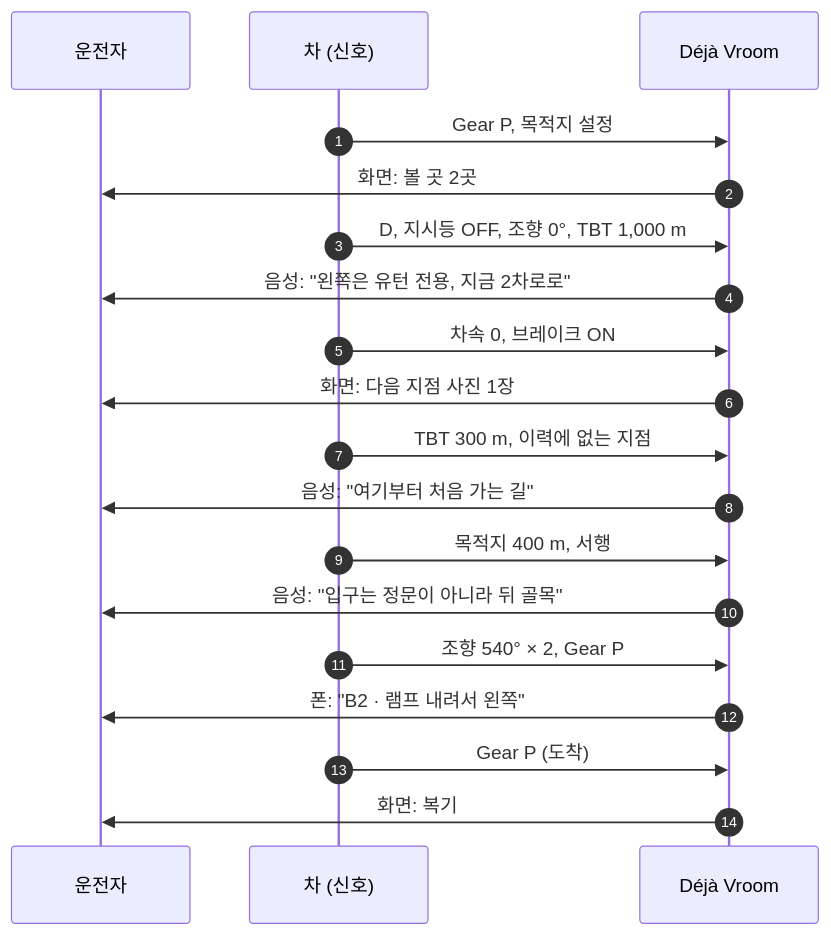
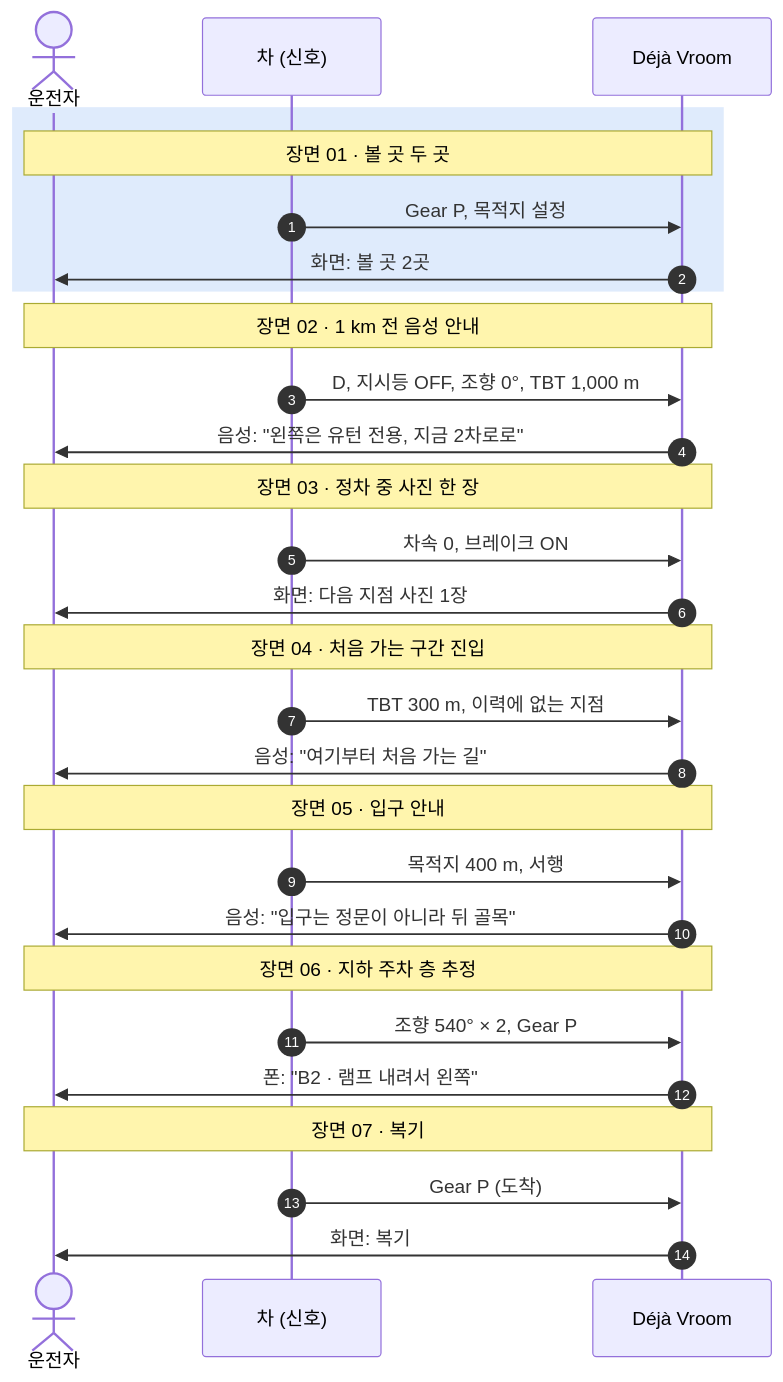
One commit to JoisFe/deja-vroom changed the diagram in docs/scenario.md. Above: the diagram before and after it, drawn with Mermaid. The commit also changed other lines of this file and 17 other files, not shown here.

First line of the commit message:
문서 다이어그램을 색·모양 규칙에 맞춰 다시 그리고 코드와 다른 설명 정리

````diff
--- a/docs/scenario.md
+++ b/docs/scenario.md
@@ -15,21 +17,30 @@
 ```mermaid
 sequenceDiagram
     autonumber
-    participant D as 운전자
+    actor D as 운전자
     participant C as 차 (신호)
     participant A as Déjà Vroom
-    C->>A: Gear P, 목적지 설정
-    A->>D: 화면: 볼 곳 2곳
+    rect rgba(31, 111, 235, 0.14)
+        Note over D,A: 장면 01 · 볼 곳 두 곳
+        C->>A: Gear P, 목적지 설정
+        A->>D: 화면: 볼 곳 2곳
+    end
+    Note over D,A: 장면 02 · 1 km 전 음성 안내
     C->>A: D, 지시등 OFF, 조향 0°, TBT 1,000 m
     A->>D: 음성: "왼쪽은 유턴 전용, 지금 2차로로"
+    Note over D,A: 장면 03 · 정차 중 사진 한 장
     C->>A: 차속 0, 브레이크 ON
     A->>D: 화면: 다음 지점 사진 1장
+    Note over D,A: 장면 04 · 처음 가는 구간 진입
     C->>A: TBT 300 m, 이력에 없는 지점
     A->>D: 음성: "여기부터 처음 가는 길"
+    Note over D,A: 장면 05 · 입구 안내
     C->>A: 목적지 400 m, 서행
     A->>D: 음성: "입구는 정문이 아니라 뒤 골목"
+    Note over D,A: 장면 06 · 지하 주차 층 추정
     C->>A: 조향 540° × 2, Gear P
     A->>D: 폰: "B2 · 램프 내려서 왼쪽"
+    Note over D,A: 장면 07 · 복기
     C->>A: Gear P (도착)
     A->>D: 화면: 복기
 ```
````
